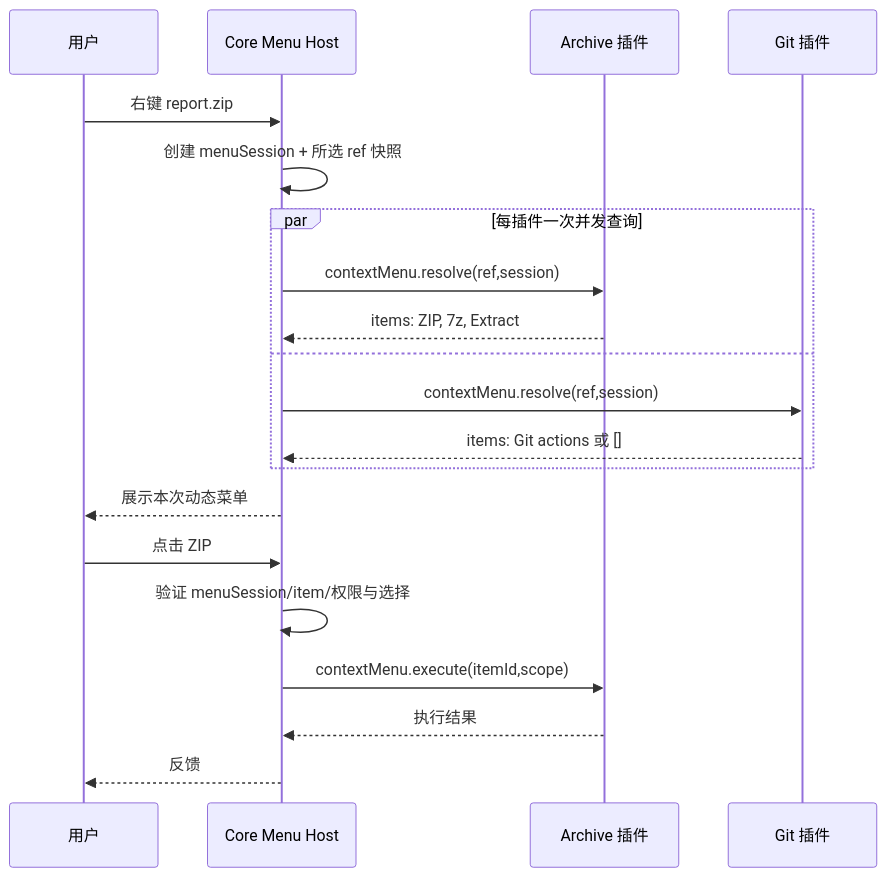
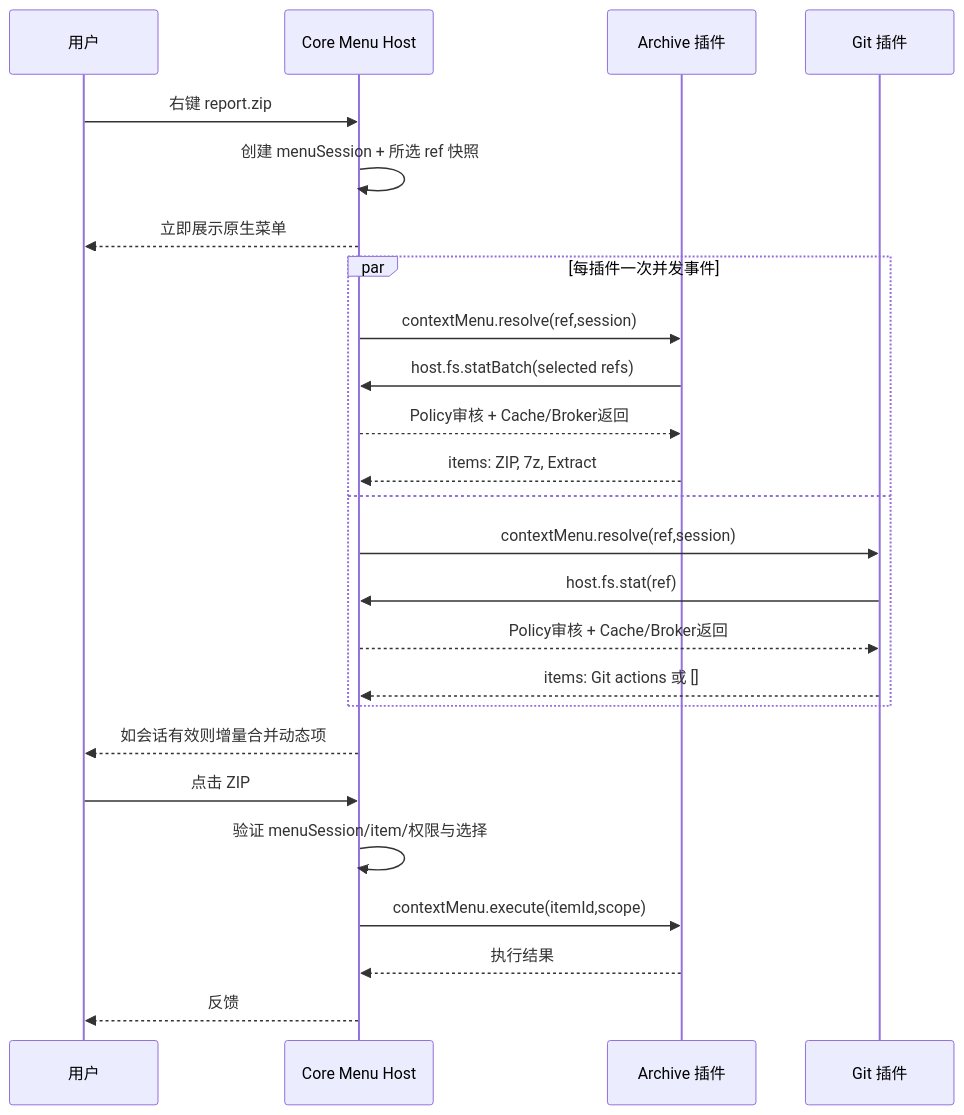
Before and after one commit to kevinhuang001/fiex: the second of 3 diagrams in docs/plugins/02-MANIFEST-EXTENSIONS.md, drawn with Mermaid. The commit also changed other lines of this file and 6 other files, not shown here.

````diff
--- a/docs/plugins/02-MANIFEST-EXTENSIONS.md
+++ b/docs/plugins/02-MANIFEST-EXTENSIONS.md
@@ -286,22 +288,27 @@
 ```mermaid
 sequenceDiagram
   participant U as 用户
   participant C as Core Menu Host
   participant A as Archive 插件
   participant G as Git 插件
   U->>C: 右键 report.zip
   C->>C: 创建 menuSession + 所选 ref 快照
-  par 每插件一次并发查询
+  C-->>U: 立即展示原生菜单
+  par 每插件一次并发事件
     C->>A: contextMenu.resolve(ref,session)
+    A->>C: host.fs.statBatch(selected refs)
+    C-->>A: Policy审核 + Cache/Broker返回
     A-->>C: items: ZIP, 7z, Extract
   and
     C->>G: contextMenu.resolve(ref,session)
+    G->>C: host.fs.stat(ref)
+    C-->>G: Policy审核 + Cache/Broker返回
     G-->>C: items: Git actions 或 []
   end
-  C-->>U: 展示本次动态菜单
+  C-->>U: 如会话有效则增量合并动态项
   U->>C: 点击 ZIP
   C->>C: 验证 menuSession/item/权限与选择
   C->>A: contextMenu.execute(itemId,scope)
   A-->>C: 执行结果
   C-->>U: 反馈
 ```
````
